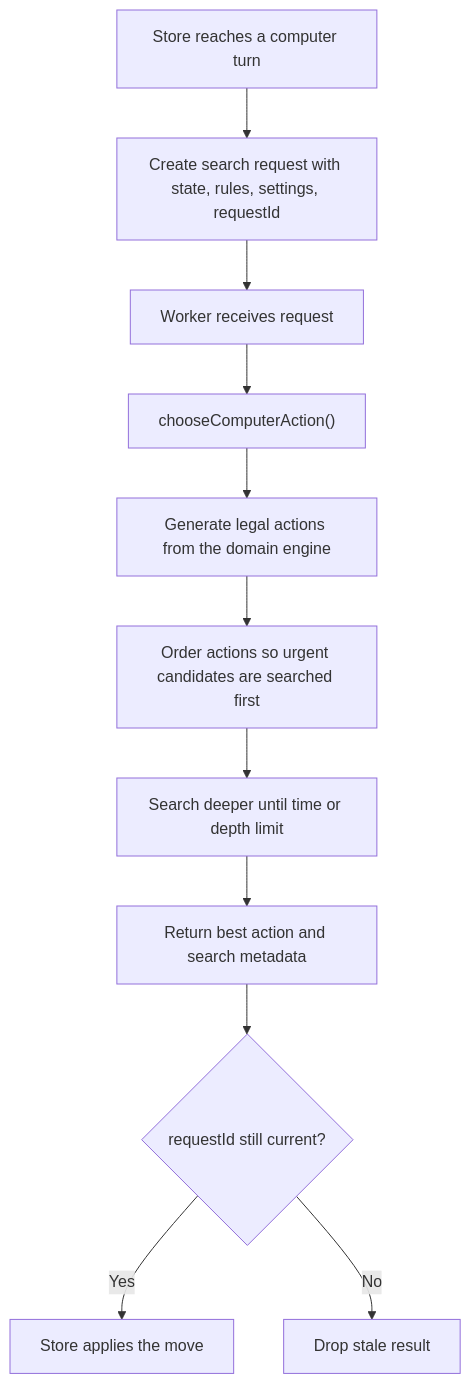
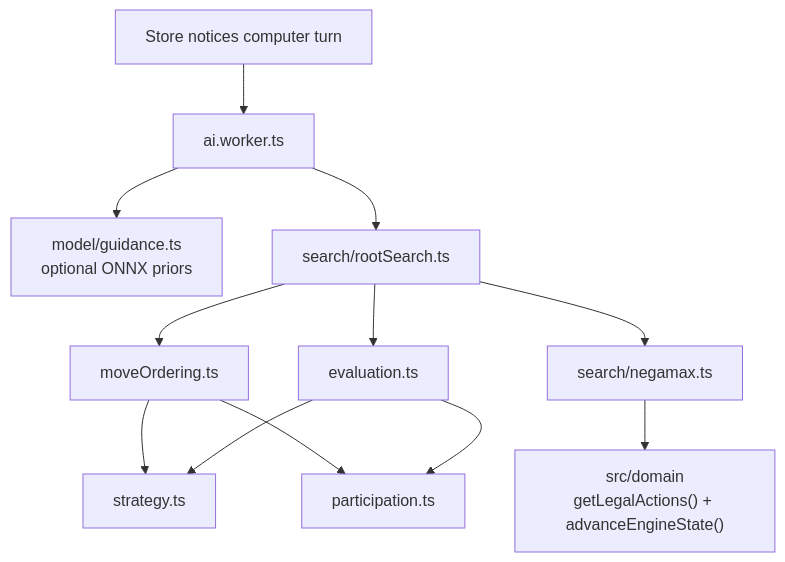
One commit to kstroevsky/white-maybe-black changed the first of 3 diagrams in src/ai/README.md. Above: the diagram before and after it, drawn with Mermaid. The commit also changed other lines of this file and 2 other files, not shown here.

Commit message:
Docs: README - global, ai, and domain

````diff
--- a/src/ai/README.md
+++ b/src/ai/README.md
@@ -63,13 +37,14 @@
 ```mermaid
 flowchart TD
-  A["Store reaches a computer turn"] --> B["Create search request with state, rules, settings, requestId"]
-  B --> C["Worker receives request"]
-  C --> D["chooseComputerAction()"]
-  D --> E["Generate legal actions from the domain engine"]
-  E --> F["Order actions so urgent candidates are searched first"]
-  F --> G["Search deeper until time or depth limit"]
-  G --> H["Return best action and search metadata"]
-  H --> I{"requestId still current?"}
-  I -- "Yes" --> J["Store applies the move"]
-  I -- "No" --> K["Drop stale result"]
+  Store["Store notices computer turn"] --> Worker["ai.worker.ts"]
+  Worker --> Guidance["model/guidance.ts<br/>optional ONNX priors"]
+  Worker --> Search["search/rootSearch.ts"]
+  Search --> Order["moveOrdering.ts"]
+  Search --> Negamax["search/negamax.ts"]
+  Search --> Eval["evaluation.ts"]
+  Order --> Strategy["strategy.ts"]
+  Order --> Participation["participation.ts"]
+  Negamax --> Domain["src/domain<br/>getLegalActions() + advanceEngineState()"]
+  Eval --> Strategy
+  Eval --> Participation
 ```
````
